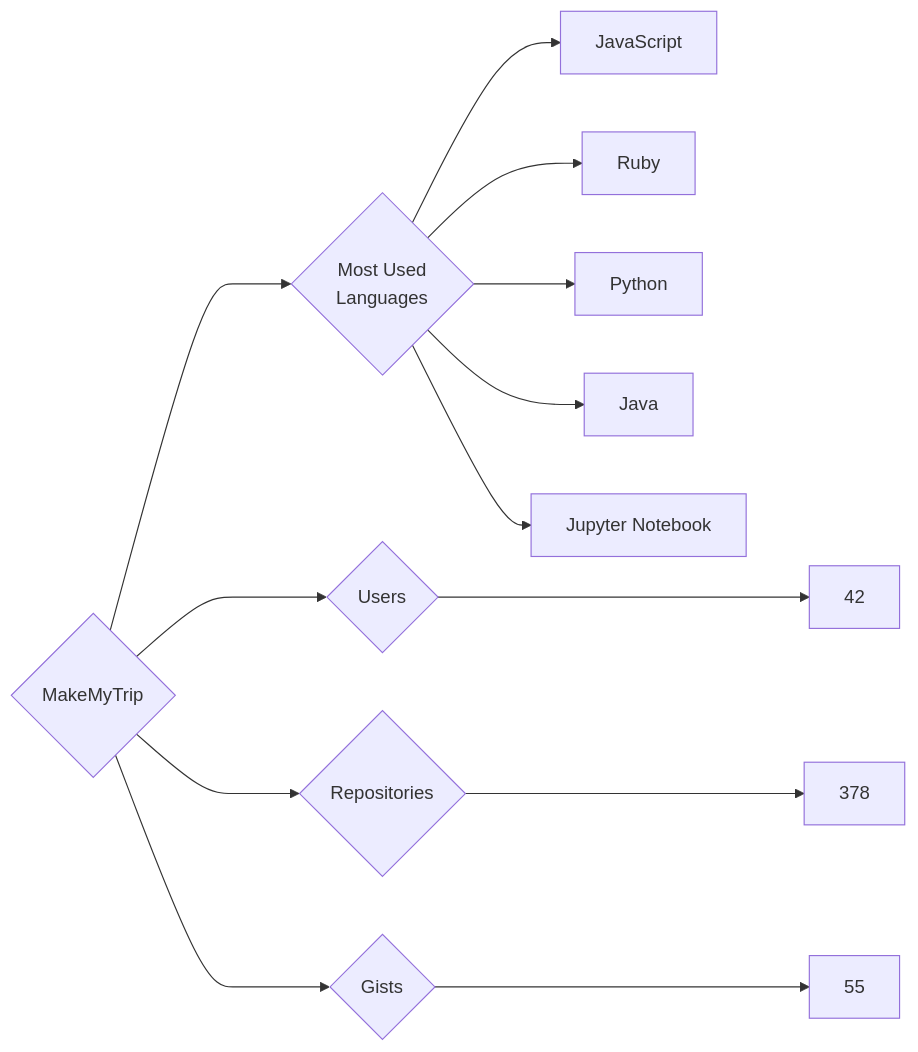
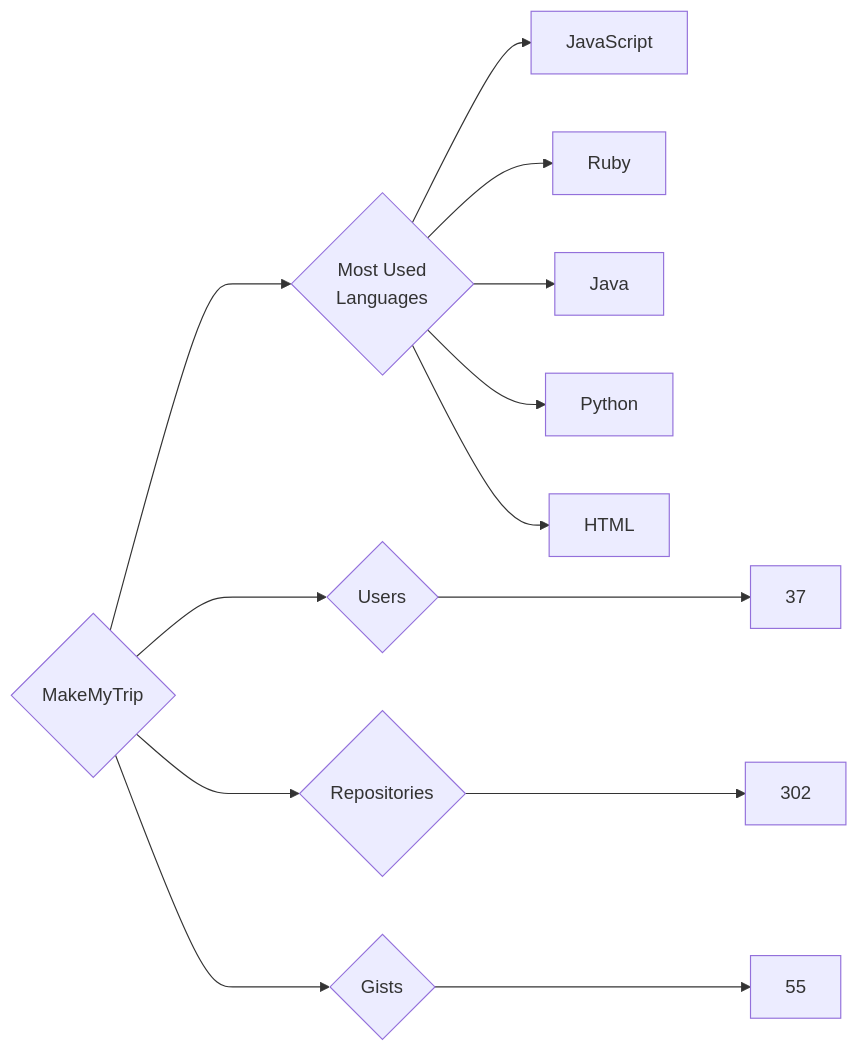
Before and after one commit to trickest/insiders: the diagram in targets/MakeMyTrip/README.md, drawn with Mermaid. The commit also changed 720 other files, not shown here.

````diff
--- a/targets/MakeMyTrip/README.md
+++ b/targets/MakeMyTrip/README.md
@@ -3,13 +3,13 @@
 ```mermaid
 graph LR
 COMPANY_NAME{MakeMyTrip}
-COMPANY_NAME ---> U{Users} ---> UN[42]
-COMPANY_NAME ---> R{Repositories} ---> RN[378]
+COMPANY_NAME ---> U{Users} ---> UN[37]
+COMPANY_NAME ---> R{Repositories} ---> RN[302]
 COMPANY_NAME ---> G{Gists} ---> GN[55]
 COMPANY_NAME ---> ML{Most Used<br>Languages}
 ML --> JavaScript[JavaScript]
 ML --> Ruby[Ruby]
+ML --> Java[Java]
 ML --> Python[Python]
-ML --> Java[Java]
-ML --> Jupyter_Notebook[Jupyter Notebook]
+ML --> HTML[HTML]
 ```
````
